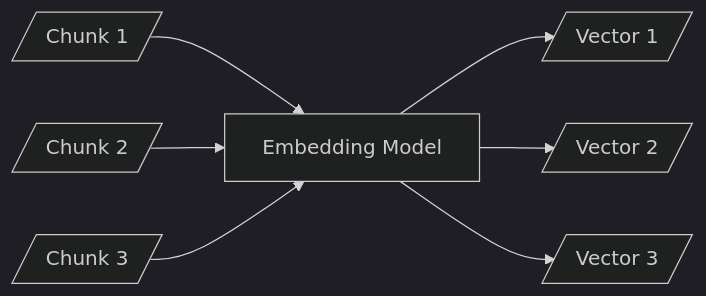
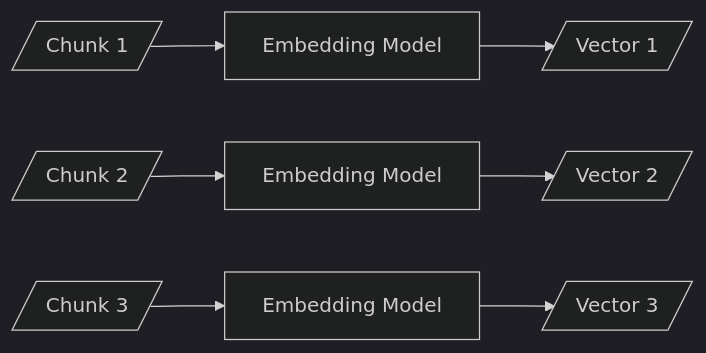
One commit to HassanAlgoz/agentic-ai-systems changed the fourth of 9 diagrams in Lessons/L01/03_retrieval.qmd. Above: the diagram before and after it, drawn with Mermaid (dark theme). The commit also changed 4 other files, not shown here.

````diff
--- a/Lessons/L01/03_retrieval.qmd
+++ b/Lessons/L01/03_retrieval.qmd
@@ -117,7 +117,9 @@
 ```{mermaid}
 flowchart LR
-  D[Embedding Model]
-  C1[/Chunk 1/] --> D --> E1[/Vector 1/]
-  C2[/Chunk 2/] --> D --> E2[/Vector 2/]
-  C3[/Chunk 3/] --> D --> E3[/Vector 3/]
+  D1[Embedding Model]
+  D2[Embedding Model]
+  D3[Embedding Model]
+  C1[/Chunk 1/] --> D1 --> E1[/Vector 1/]
+  C2[/Chunk 2/] --> D2 --> E2[/Vector 2/]
+  C3[/Chunk 3/] --> D3 --> E3[/Vector 3/]
 ```
````
